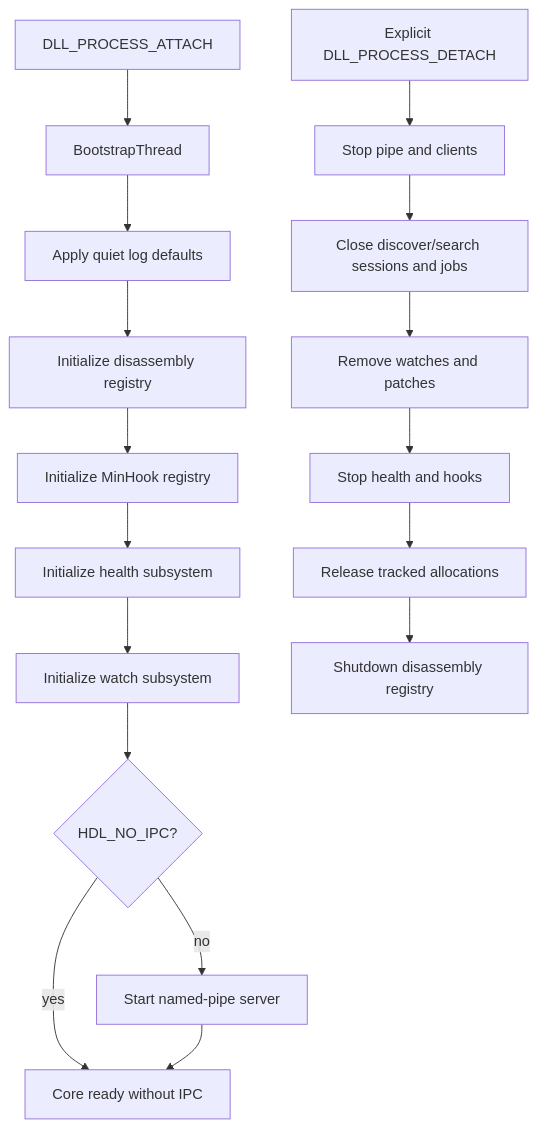
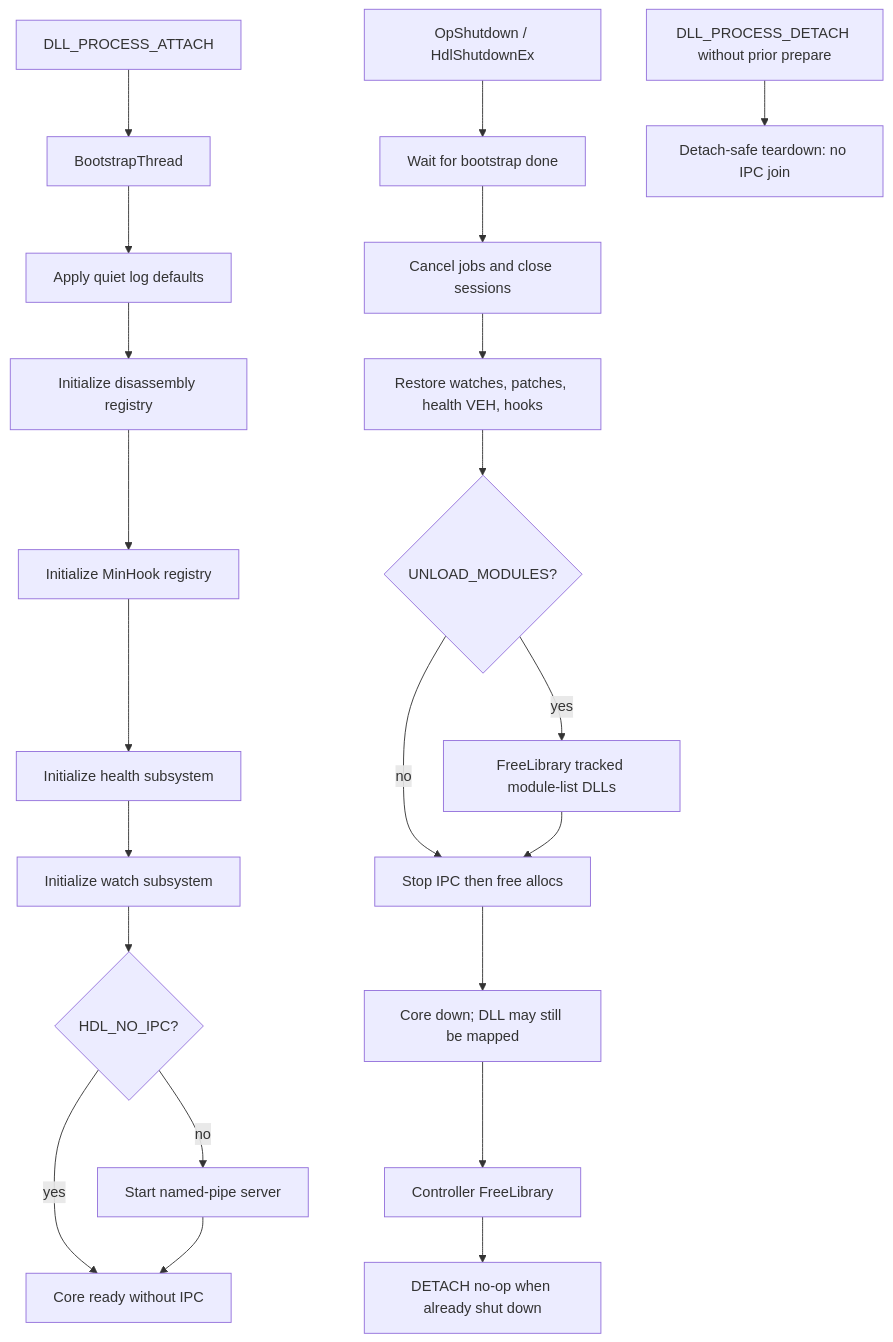
One commit to random-things/hdllib-ng changed the third of 7 diagrams in docs/architecture.md. Above: the diagram before and after it, drawn with Mermaid. The commit also changed other lines of this file and 39 other files, not shown here.

First line of the commit message:
feat(api): add controlled shutdown and module tracking for injected DLL lifecycle (#3)

````diff
--- a/docs/architecture.md
+++ b/docs/architecture.md
@@ -94,20 +97,26 @@
 ```mermaid
 flowchart TD
     Attach["DLL_PROCESS_ATTACH"] --> Bootstrap["BootstrapThread"]
     Bootstrap --> Quiet["Apply quiet log defaults"]
     Quiet --> Disasm["Initialize disassembly registry"]
     Disasm --> Hooks["Initialize MinHook registry"]
     Hooks --> Health["Initialize health subsystem"]
     Health --> Watch["Initialize watch subsystem"]
     Watch --> NoIPC{"HDL_NO_IPC?"}
     NoIPC -- "no" --> Server["Start named-pipe server"]
     NoIPC -- "yes" --> Ready["Core ready without IPC"]
     Server --> Ready
 
-    Detach["Explicit DLL_PROCESS_DETACH"] --> Stop["Stop pipe and clients"]
-    Stop --> Sessions["Close discover/search sessions and jobs"]
-    Sessions --> Watches["Remove watches and patches"]
-    Watches --> HealthDown["Stop health and hooks"]
-    HealthDown --> Allocs["Release tracked allocations"]
-    Allocs --> DisasmDown["Shutdown disassembly registry"]
+    Prepare["OpShutdown / HdlShutdownEx"] --> WaitBoot["Wait for bootstrap done"]
+    WaitBoot --> Jobs["Cancel jobs and close sessions"]
+    Jobs --> Restore["Restore watches, patches, health VEH, hooks"]
+    Restore --> Modules{"UNLOAD_MODULES?"}
+    Modules -- "yes" --> FreeTracked["FreeLibrary tracked module-list DLLs"]
+    Modules -- "no" --> StopPipe
+    FreeTracked --> StopPipe["Stop IPC then free allocs"]
+    StopPipe --> Idle["Core down; DLL may still be mapped"]
+
+    Detach["DLL_PROCESS_DETACH without prior prepare"] --> DetachSafe["Detach-safe teardown: no IPC join"]
+    Idle --> FreeLib["Controller FreeLibrary"]
+    FreeLib --> DetachNoop["DETACH no-op when already shut down"]
 ```
````
